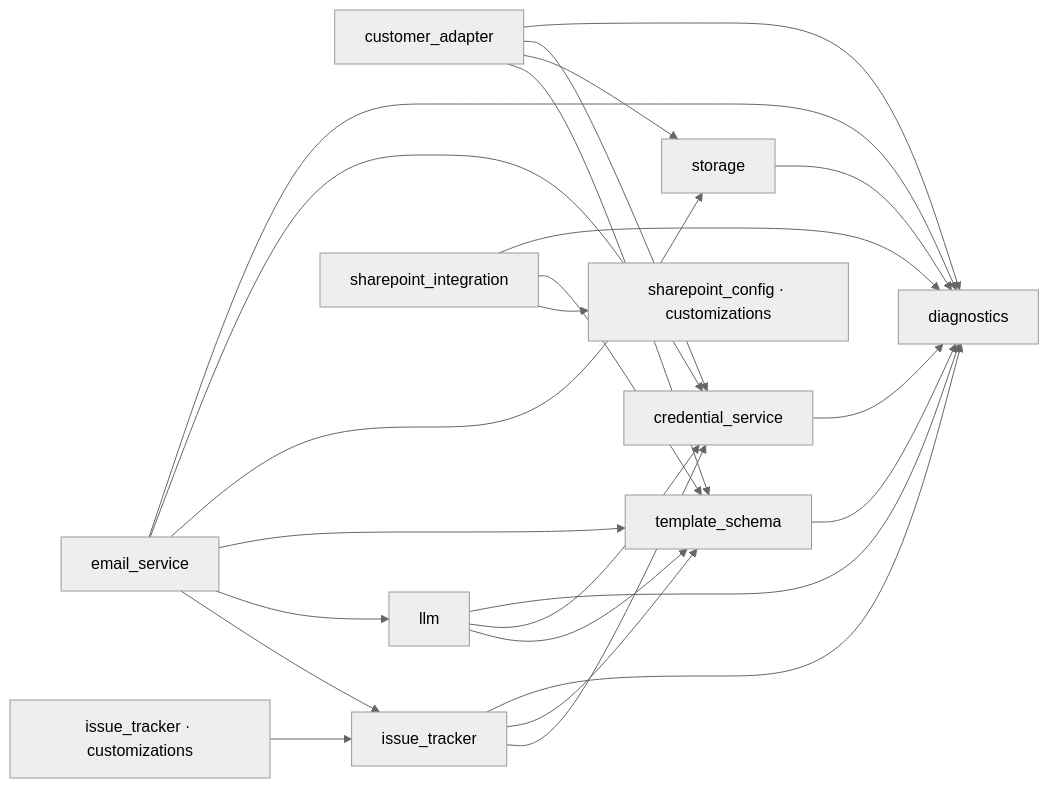
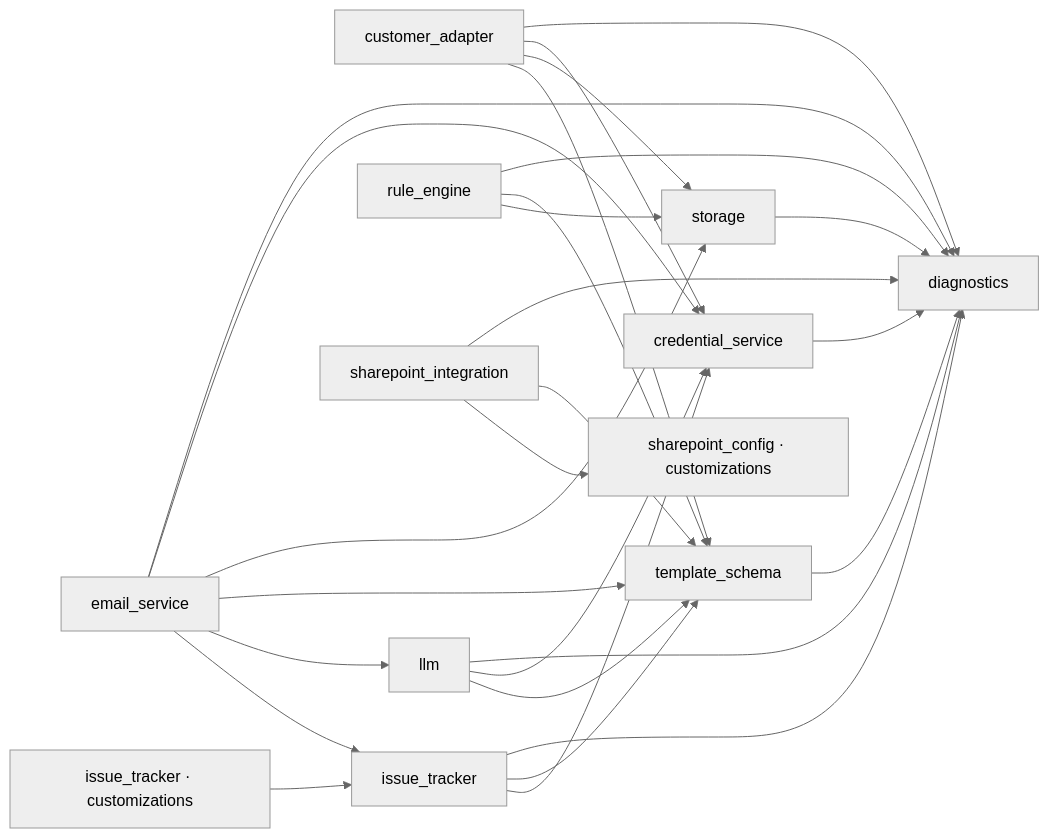
Before and after one commit to kurnoolion/hilda: the diagram in docs/compact/MAP.md, drawn with Mermaid (neutral theme). The commit also changed other lines of this file and 4 other files, not shown here.

Commit message:
close-session 2026-06-10 session 2: rule_engine/MODULE.md Ph-1 draft (Layer 2); D-066 cross-rule firing independence captured; regen-map MAP.md refresh

````diff
--- a/docs/compact/MAP.md
+++ b/docs/compact/MAP.md
@@ -21,38 +22,42 @@
 ```mermaid
 flowchart LR
     m_credential_service[credential_service]
     m_customer_adapter[customer_adapter]
     m_diagnostics[diagnostics]
     m_email_service[email_service]
     m_issue_tracker[issue_tracker]
     m_issue_tracker_cust[issue_tracker · customizations]
     m_llm[llm]
+    m_rule_engine[rule_engine]
     m_sharepoint_config[sharepoint_config · customizations]
     m_sharepoint_integration[sharepoint_integration]
     m_storage[storage]
     m_template_schema[template_schema]
 
     m_credential_service --> m_diagnostics
     m_customer_adapter --> m_diagnostics
     m_customer_adapter --> m_credential_service
     m_customer_adapter --> m_storage
     m_customer_adapter --> m_template_schema
     m_email_service --> m_diagnostics
     m_email_service --> m_credential_service
     m_email_service --> m_storage
     m_email_service --> m_template_schema
     m_email_service --> m_llm
     m_email_service --> m_issue_tracker
     m_issue_tracker --> m_diagnostics
     m_issue_tracker --> m_template_schema
     m_issue_tracker --> m_credential_service
     m_issue_tracker_cust --> m_issue_tracker
     m_llm --> m_diagnostics
     m_llm --> m_credential_service
     m_llm --> m_template_schema
+    m_rule_engine --> m_diagnostics
+    m_rule_engine --> m_template_schema
+    m_rule_engine --> m_storage
     m_sharepoint_integration --> m_diagnostics
     m_sharepoint_integration --> m_template_schema
     m_sharepoint_integration --> m_sharepoint_config
     m_storage --> m_diagnostics
     m_template_schema --> m_diagnostics
 ```
````
